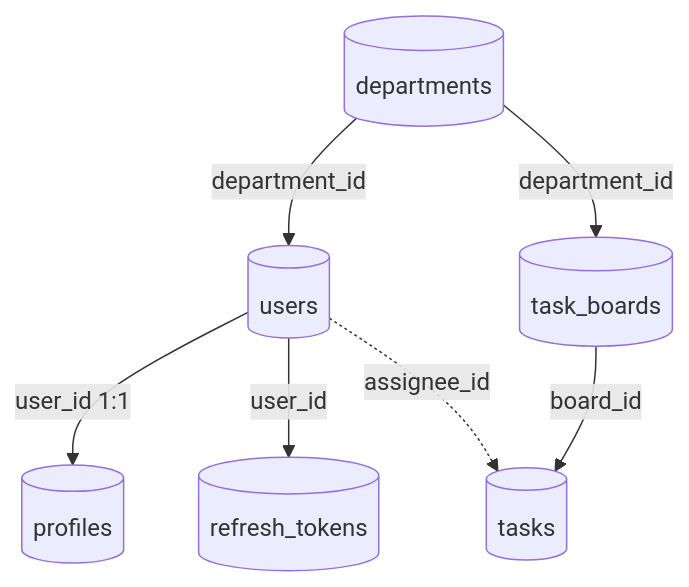
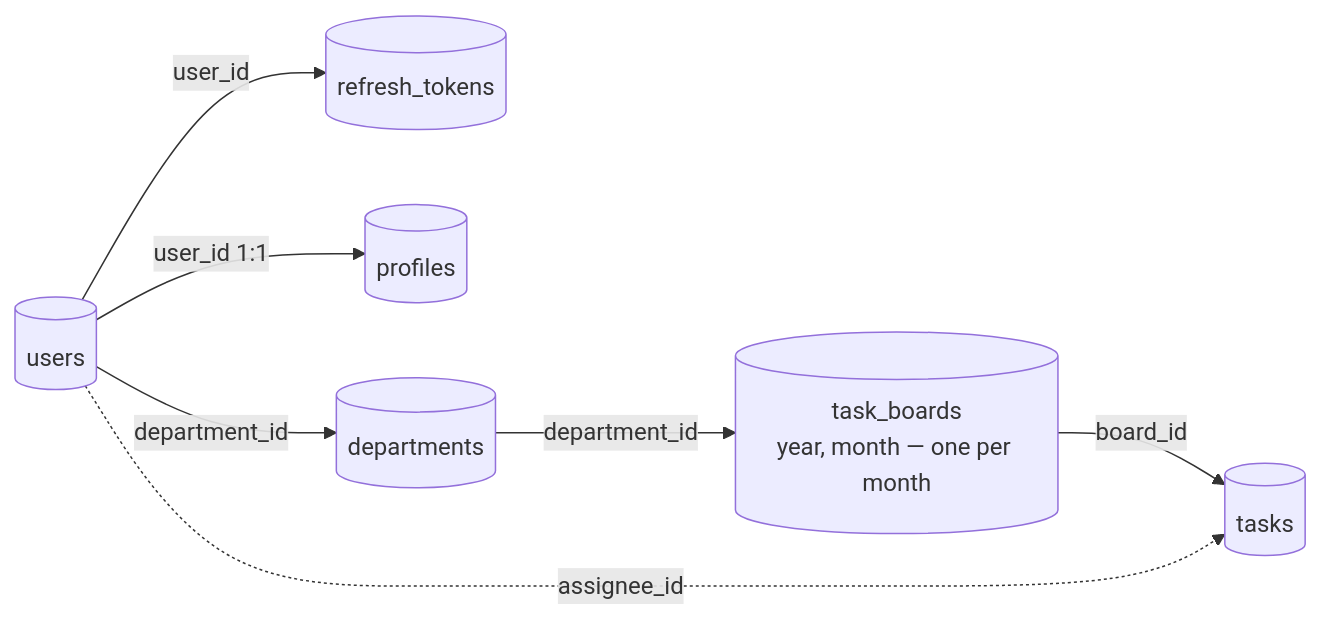
One commit to dexterR35/task-tracker-app changed the diagram in server/db/SCHEMA.md. Above: the diagram before and after it, drawn with Mermaid. The commit also changed other lines of this file and 5 other files, not shown here.

````diff
--- a/server/db/SCHEMA.md
+++ b/server/db/SCHEMA.md
@@ -70,16 +72,16 @@
 ```mermaid
-flowchart TB
+flowchart LR
+  users[(users)]
+  refresh_tokens[(refresh_tokens)]
+  profiles[(profiles)]
   departments[(departments)]
-  users[(users)]
-  profiles[(profiles)]
-  refresh_tokens[(refresh_tokens)]
-  task_boards[(task_boards)]
+  task_boards[("task_boards<br/>year, month — one per month")]
   tasks[(tasks)]
 
-  departments -->|department_id| users
-  users -->|user_id 1:1| profiles
-  users -->|user_id| refresh_tokens
-  departments -->|department_id| task_boards
-  task_boards -->|board_id| tasks
-  users -.->|assignee_id| tasks
+  users -- user_id 1:1 --> profiles
+  users -- user_id --> refresh_tokens
+  users -- department_id --> departments
+  departments -- department_id --> task_boards
+  task_boards -- board_id --> tasks
+  users -. assignee_id .-> tasks
 ```
````
